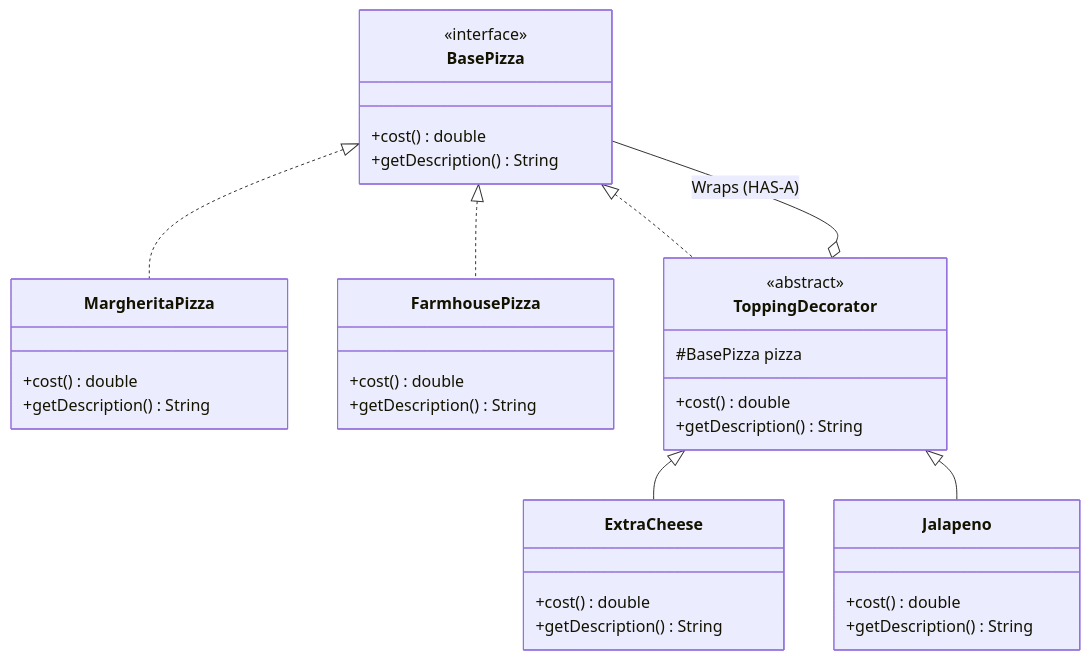
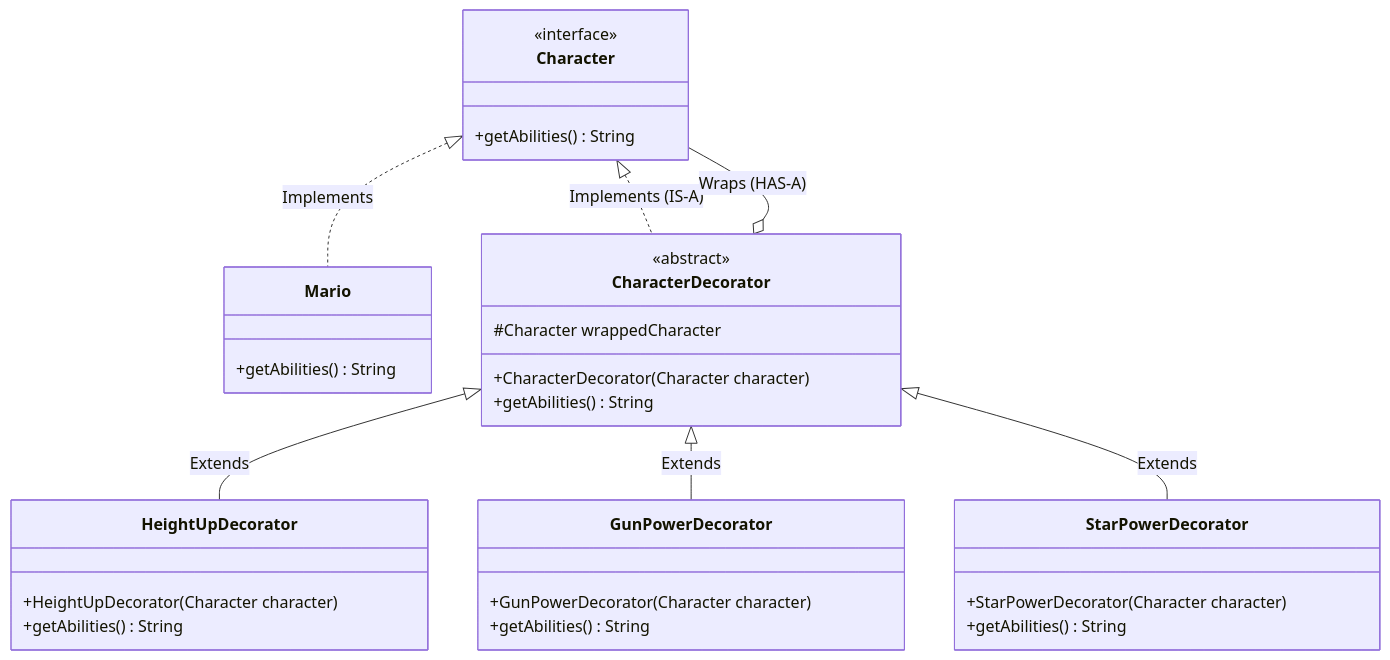
The second of 3 diagrams in 04-OOPs-and-Design-Patterns/03-Design-Patterns/13-Decorator-Design-Pattern.md (rohithgowda18/Notes), drawn with Mermaid before and after one commit. The commit also changed other lines of this file and 30 other files, not shown here.

````diff
--- a/04-OOPs-and-Design-Patterns/03-Design-Patterns/13-Decorator-Design-Pattern.md
+++ b/04-OOPs-and-Design-Patterns/03-Design-Patterns/13-Decorator-Design-Pattern.md
@@ -38,40 +99,42 @@
 ```mermaid
 classDiagram
-    class BasePizza {
+    class Character {
         <<interface>>
-        +cost() double
-        +getDescription() String
+        +getAbilities() String
     }
 
-    class MargheritaPizza {
-        +cost() double
-        +getDescription() String
-    }
-    class FarmhousePizza {
-        +cost() double
-        +getDescription() String
+    class Mario {
+        +getAbilities() String
     }
 
-    class ToppingDecorator {
+    Character <|.. Mario : Implements
+
+    class CharacterDecorator {
         <<abstract>>
-        #BasePizza pizza
-        +cost() double
-        +getDescription() String
+        #Character wrappedCharacter
+        +CharacterDecorator(Character character)
+        +getAbilities() String
     }
 
-    class ExtraCheese {
-        +cost() double
-        +getDescription() String
-    }
-    class Jalapeno {
-        +cost() double
-        +getDescription() String
+    Character <|.. CharacterDecorator : Implements (IS-A)
+    CharacterDecorator o-- Character : Wraps (HAS-A)
+
+    class HeightUpDecorator {
+        +HeightUpDecorator(Character character)
+        +getAbilities() String
     }
 
-    BasePizza <|.. MargheritaPizza
-    BasePizza <|.. FarmhousePizza
-    BasePizza <|.. ToppingDecorator
-    ToppingDecorator <|-- ExtraCheese
-    ToppingDecorator <|-- Jalapeno
-    ToppingDecorator o-- BasePizza : Wraps (HAS-A)
+    class GunPowerDecorator {
+        +GunPowerDecorator(Character character)
+        +getAbilities() String
+    }
+
+    class StarPowerDecorator {
+        +StarPowerDecorator(Character character)
+        +getAbilities() String
+    }
+
+    CharacterDecorator <|-- HeightUpDecorator : Extends
+    CharacterDecorator <|-- GunPowerDecorator : Extends
+    CharacterDecorator <|-- StarPowerDecorator : Extends
 ```
````
